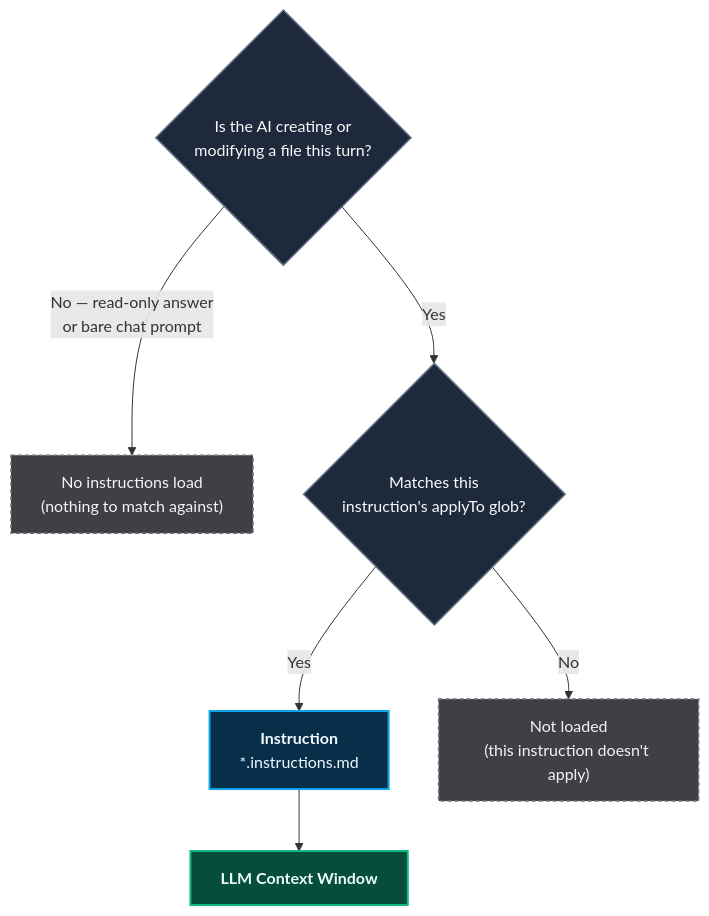
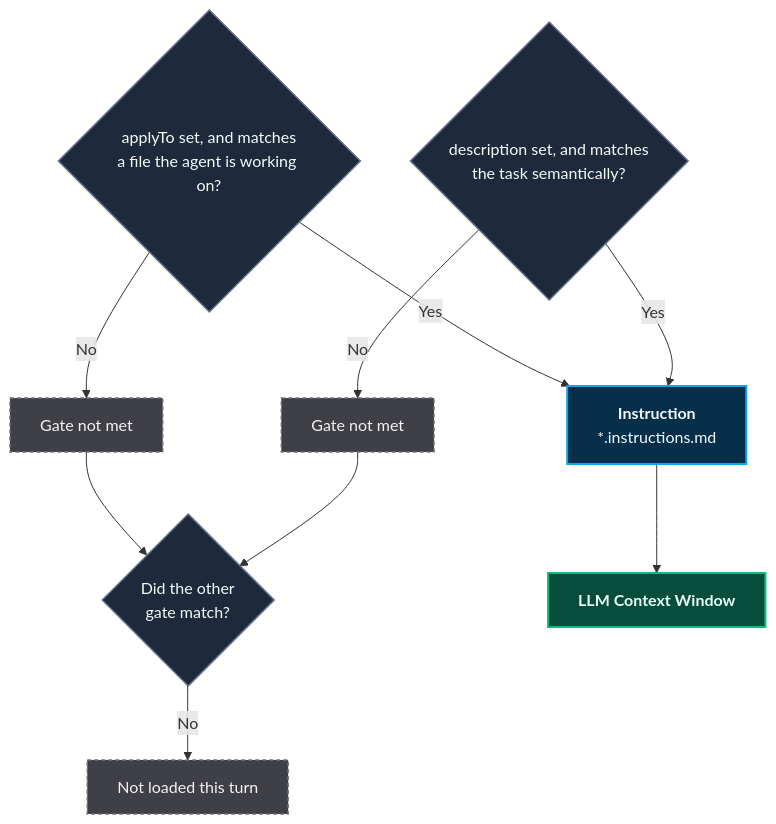
The first of 4 diagrams in website/docs/guide/persistent-context.md (ALTEN-group/coding-pal), drawn with Mermaid before and after one commit. The commit also changed other lines of this file, not shown here.

Commit message:
fix: clarify instruction activation conditions and update flowchart for accuracy

````diff
--- a/website/docs/guide/persistent-context.md
+++ b/website/docs/guide/persistent-context.md
@@ -16,22 +16,26 @@
 ```mermaid
 ---
-caption: Instructions are checked on every turn; activation is conditional per instruction
+caption: An instruction loads if either of its two gates matches
 ---
 flowchart TD
-    HASFILE{"Is the AI creating or<br/>modifying a file this turn?"}
-    HASFILE -->|"No — read-only answer<br/>or bare chat prompt"| NONE["No instructions load<br/>(nothing to match against)"]
-    HASFILE -->|"Yes"| G{"Matches this<br/>instruction's applyTo glob?"}
-    G -->|"Yes"| I["<b>Instruction</b><br/>*.instructions.md"]
-    G -->|"No"| X["Not loaded<br/>(this instruction doesn't apply)"]
+    F1{"applyTo set, and matches<br/>a file the agent is working on?"}
+    F2{"description set, and matches<br/>the task semantically?"}
+    F1 -->|"Yes"| I["<b>Instruction</b><br/>*.instructions.md"]
+    F2 -->|"Yes"| I
+    F1 -->|"No"| X1["Gate not met"]
+    F2 -->|"No"| X2["Gate not met"]
+    X1 --> BOTH{"Did the other<br/>gate match?"}
+    X2 --> BOTH
+    BOTH -->|"No"| NONE["Not loaded this turn"]
     I --> CTX["<b>LLM Context Window</b>"]
 
     classDef instruction fill:#082f49,stroke:#0ea5e9,stroke-width:2px,color:#f0f9ff;
     classDef execution fill:#064e3b,stroke:#10b981,stroke-width:2px,color:#ecfdf5;
     classDef event fill:#1e293b,stroke:#64748b,stroke-width:1.5px,color:#f8fafc;
     classDef skip fill:#3f3f46,stroke:#71717a,stroke-width:1.5px,color:#f4f4f5,stroke-dasharray: 4 3;
 
     class I instruction;
     class CTX execution;
-    class HASFILE,G event;
-    class X,NONE skip;
+    class F1,F2,BOTH event;
+    class X1,X2,NONE skip;
 ```
````
